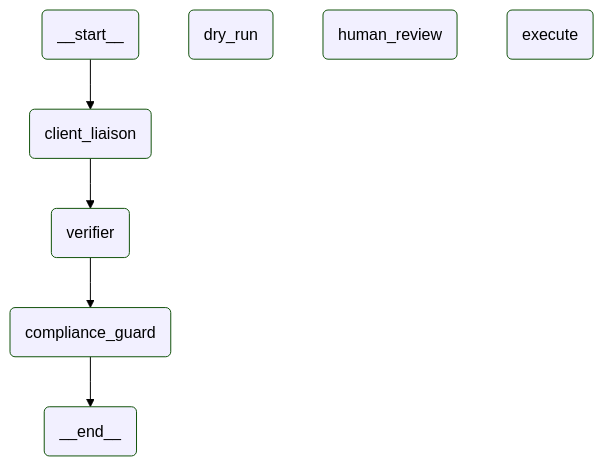
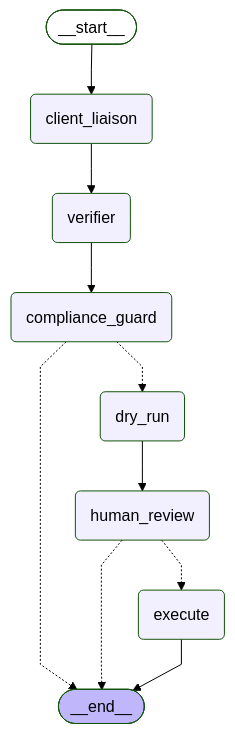
Before and after one commit to MominMunir/agentic-a2-0854: the diagram in docs/graphs/conversation.mmd, drawn with Mermaid (forest theme). The commit also changed 49 other files, not shown here.

Commit message:
Finalize report, compiled graphs and public technical article

```diff
--- a/docs/graphs/conversation.mmd
+++ b/docs/graphs/conversation.mmd
@@ -1,21 +1,26 @@
 ---
 config:
   flowchart:
     curve: linear
 ---
 graph TD;
-	__start__(<p>__start__</p>)
+	__start__([<p>__start__</p>]):::first
 	client_liaison(client_liaison)
 	verifier(verifier)
 	compliance_guard(compliance_guard)
 	dry_run(dry_run)
 	human_review(human_review)
 	execute(execute)
-	__end__(<p>__end__</p>)
+	__end__([<p>__end__</p>]):::last
 	__start__ --> client_liaison;
 	client_liaison --> verifier;
+	compliance_guard -.-> __end__;
+	compliance_guard -.-> dry_run;
+	dry_run --> human_review;
+	human_review -.-> __end__;
+	human_review -.-> execute;
 	verifier --> compliance_guard;
-	compliance_guard --> __end__;
+	execute --> __end__;
 	classDef default fill:#f2f0ff,line-height:1.2
 	classDef first fill-opacity:0
 	classDef last fill:#bfb6fc
```
